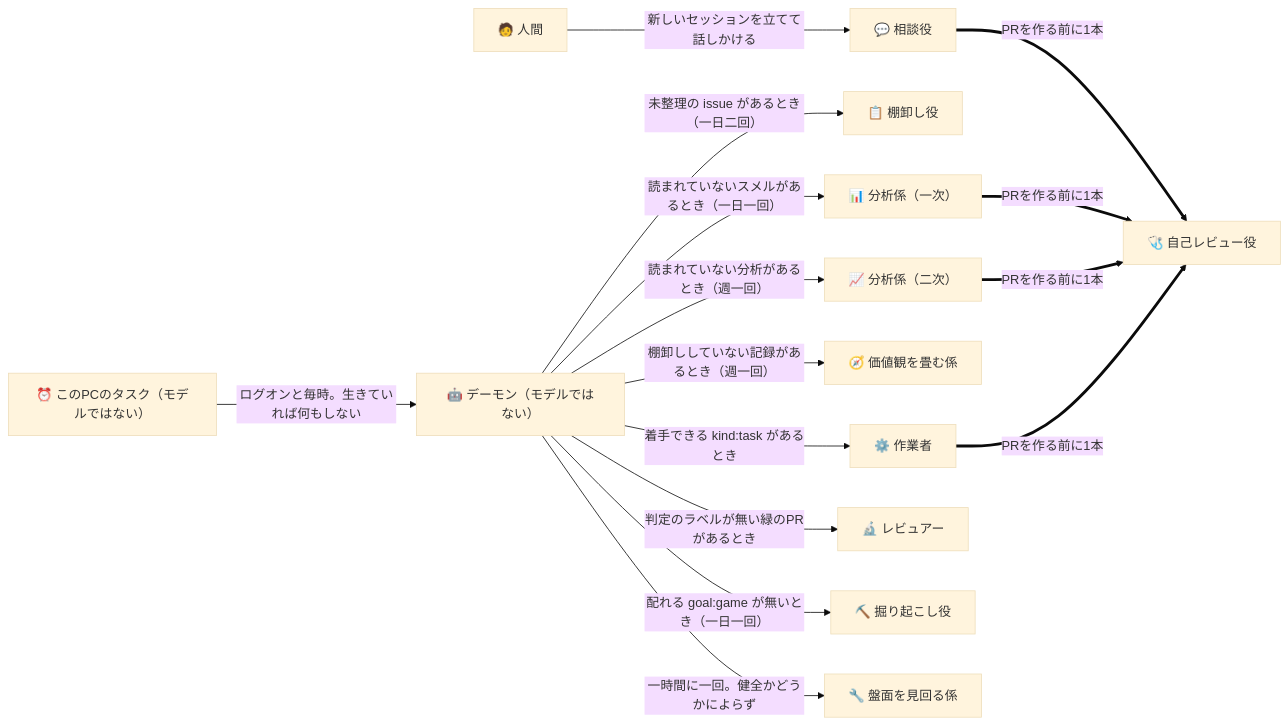
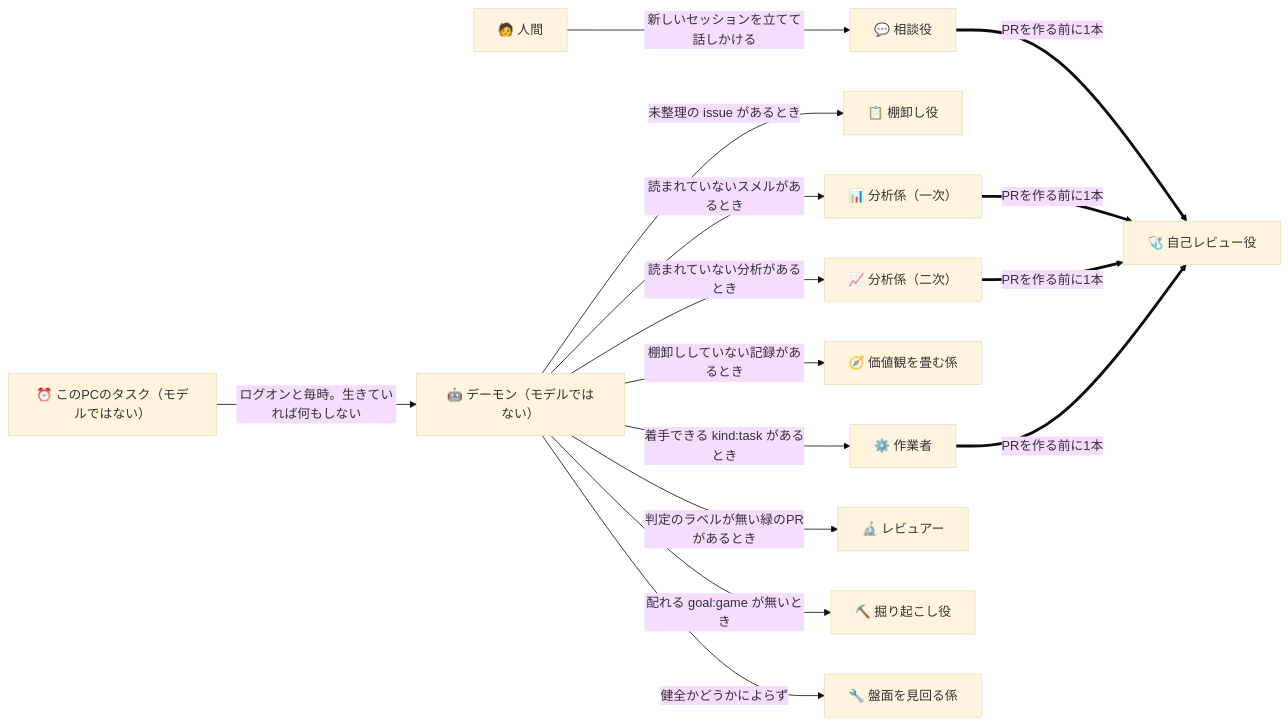
Before and after one commit to gooyyu1/UnmappedIsland: the first of 5 diagrams in docs/ParallelAgents.md, drawn with Mermaid (base theme). The commit also changed other lines of this file and 19 other files, not shown here.

````diff
--- a/docs/ParallelAgents.md
+++ b/docs/ParallelAgents.md
@@ -29,31 +29,31 @@
 ```mermaid
 flowchart LR
     Human["🧑 人間"]
     Task["⏰ このPCのタスク（モデルではない）"]
     Daemon["🤖 デーモン（モデルではない）"]
     Adviser["💬 相談役"]
     Triage["📋 棚卸し役"]
     Analysis["📊 分析係（一次）"]
     Trend["📈 分析係（二次）"]
     Policy["🧭 価値観を畳む係"]
     Reviewer["🔬 レビュアー"]
     Worker["⚙️ 作業者"]
     SelfReview["🩺 自己レビュー役"]
     Digger["⛏️ 掘り起こし役"]
     Patrol["🔧 盤面を見回る係"]
 
     Human -->|"新しいセッションを立てて話しかける"| Adviser
     Task -->|"ログオンと毎時。生きていれば何もしない"| Daemon
-    Daemon -->|"未整理の issue があるとき（一日二回）"| Triage
-    Daemon -->|"読まれていないスメルがあるとき（一日一回）"| Analysis
-    Daemon -->|"読まれていない分析があるとき（週一回）"| Trend
-    Daemon -->|"棚卸ししていない記録があるとき（週一回）"| Policy
+    Daemon -->|"未整理の issue があるとき"| Triage
+    Daemon -->|"読まれていないスメルがあるとき"| Analysis
+    Daemon -->|"読まれていない分析があるとき"| Trend
+    Daemon -->|"棚卸ししていない記録があるとき"| Policy
     Daemon -->|"着手できる kind:task があるとき"| Worker
     Daemon -->|"判定のラベルが無い緑のPRがあるとき"| Reviewer
-    Daemon -->|"配れる goal:game が無いとき（一日一回）"| Digger
-    Daemon -->|"一時間に一回。健全かどうかによらず"| Patrol
+    Daemon -->|"配れる goal:game が無いとき"| Digger
+    Daemon -->|"健全かどうかによらず"| Patrol
     Worker ==>|"PRを作る前に1本"| SelfReview
     Analysis ==>|"PRを作る前に1本"| SelfReview
     Trend ==>|"PRを作る前に1本"| SelfReview
     Adviser ==>|"PRを作る前に1本"| SelfReview
 ```
````
